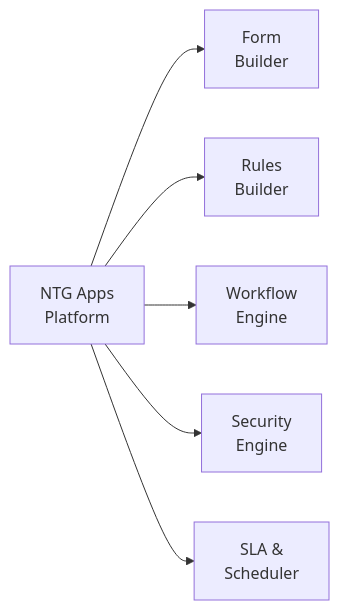
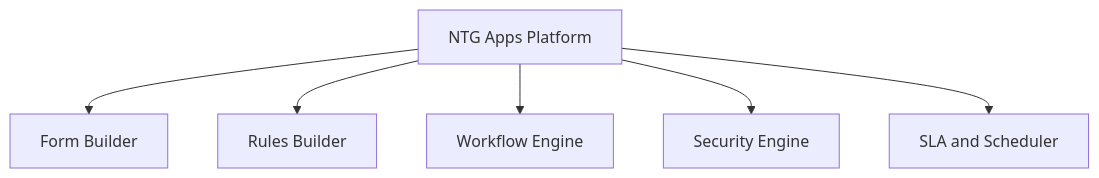
Before and after one commit to salmanb74-dev/ntg-apps-guide: the diagram in ntg_apps_complete_guide.md, drawn with Mermaid.

````diff
--- a/ntg_apps_complete_guide.md
+++ b/ntg_apps_complete_guide.md
@@ -45,8 +45,10 @@
 ```mermaid
-flowchart LR
-    A[NTG Apps<br/>Platform] --> B[Form<br/>Builder]
-    A --> C[Rules<br/>Builder]
-    A --> D[Workflow<br/>Engine]
-    A --> E[Security<br/>Engine]
-    A --> F[SLA &<br/>Scheduler]
+%%{init: {"flowchart": {"htmlLabels": false}} }%%
+%%{wrap}%%
+flowchart TD
+    A[NTG Apps Platform] --> B[Form Builder]
+    A --> C[Rules Builder]
+    A --> D[Workflow Engine]
+    A --> E[Security Engine]
+    A --> F[SLA and Scheduler]
 ```
````
